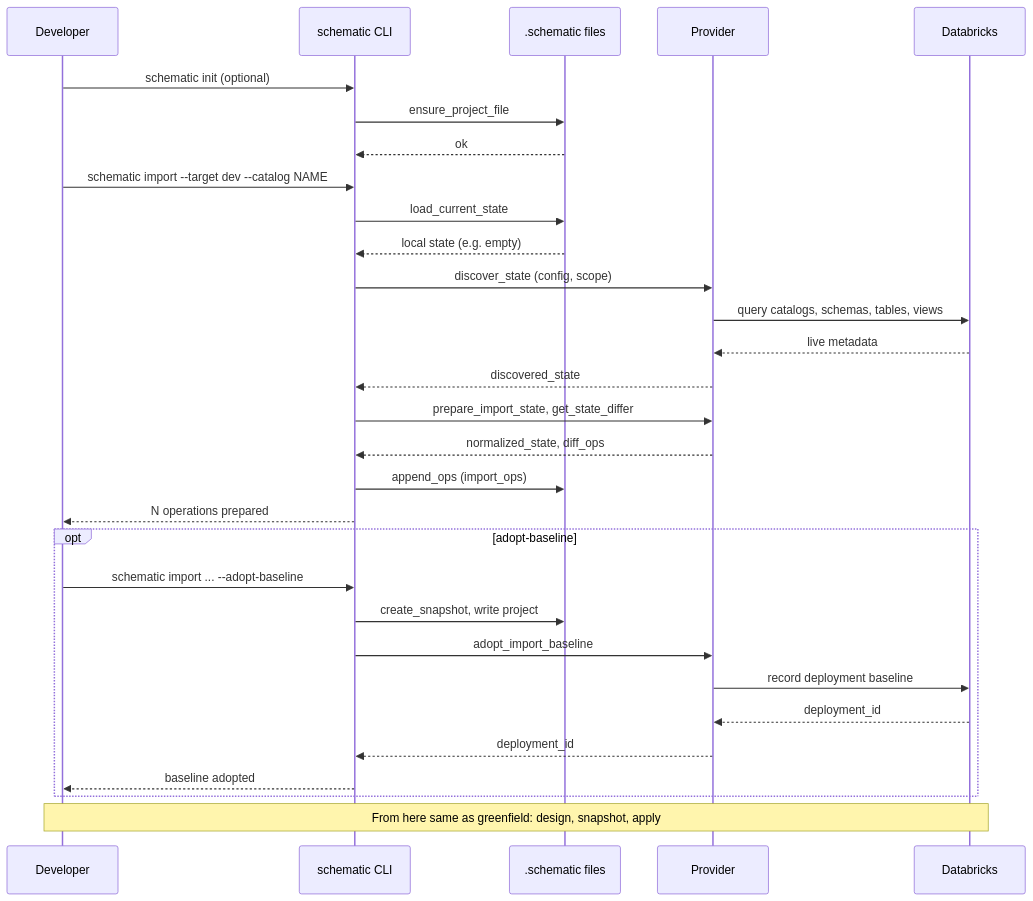
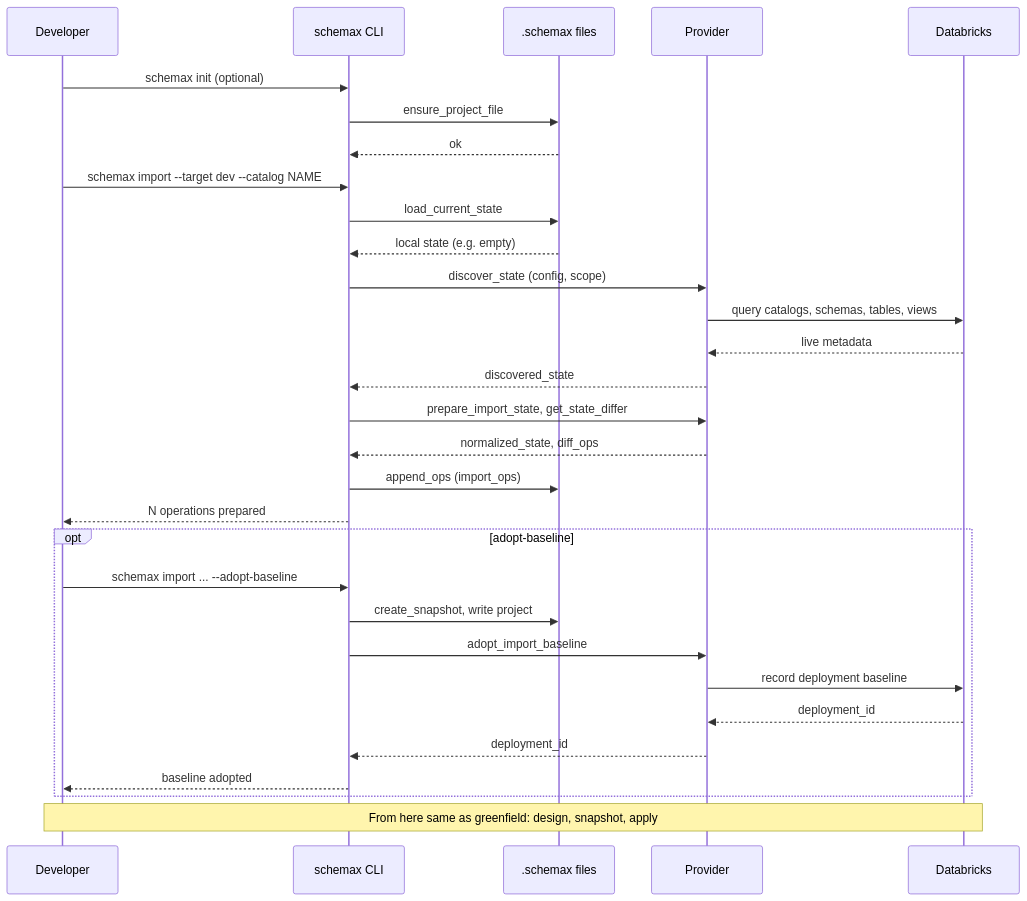
Before and after one commit to vb-dbrks/schemax: the third of 6 diagrams in docs/WORKFLOWS.md, drawn with Mermaid. The commit also changed other lines of this file and 289 other files, not shown here.

First line of the commit message:
Rename schemax (#100)

````diff
--- a/docs/WORKFLOWS.md
+++ b/docs/WORKFLOWS.md
@@ -138,36 +138,36 @@
 ```mermaid
 sequenceDiagram
   participant Dev as Developer
-  participant CLI as schematic CLI
-  participant Storage as .schematic files
+  participant CLI as schemax CLI
+  participant Storage as .schemax files
   participant Provider as Provider
   participant DB as Databricks
 
-  Dev->>CLI: schematic init (optional)
+  Dev->>CLI: schemax init (optional)
   CLI->>Storage: ensure_project_file
   Storage-->>CLI: ok
 
-  Dev->>CLI: schematic import --target dev --catalog NAME
+  Dev->>CLI: schemax import --target dev --catalog NAME
   CLI->>Storage: load_current_state
   Storage-->>CLI: local state (e.g. empty)
   CLI->>Provider: discover_state (config, scope)
   Provider->>DB: query catalogs, schemas, tables, views
   DB-->>Provider: live metadata
   Provider-->>CLI: discovered_state
   CLI->>Provider: prepare_import_state, get_state_differ
   Provider-->>CLI: normalized_state, diff_ops
   CLI->>Storage: append_ops (import_ops)
   CLI-->>Dev: N operations prepared
 
   opt adopt-baseline
-    Dev->>CLI: schematic import ... --adopt-baseline
+    Dev->>CLI: schemax import ... --adopt-baseline
     CLI->>Storage: create_snapshot, write project
     CLI->>Provider: adopt_import_baseline
     Provider->>DB: record deployment baseline
     DB-->>Provider: deployment_id
     Provider-->>CLI: deployment_id
     CLI-->>Dev: baseline adopted
   end
 
   Note over Dev,DB: From here same as greenfield: design, snapshot, apply
 ```
````
